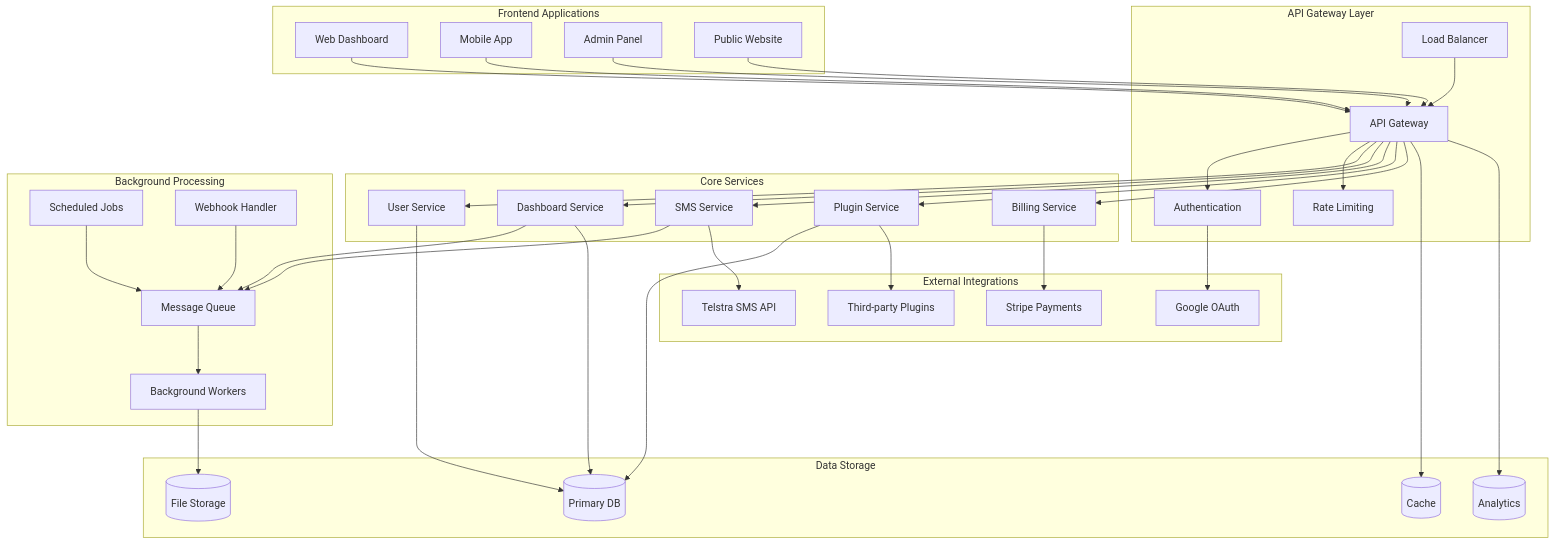
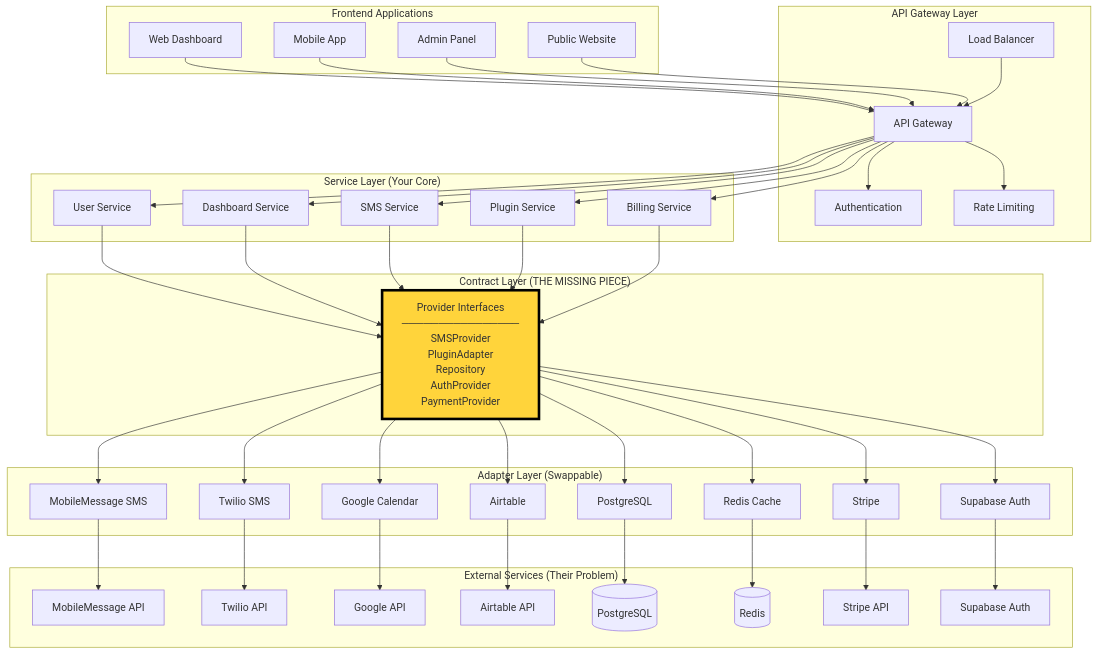
One commit to SlySlayer32/dashboard-link-saas changed the first of 17 diagrams in ARCHITECTURE_BLUEPRINT.md. Above: the diagram before and after it, drawn with Mermaid. The commit also changed other lines of this file and 90 other files, not shown here.

````diff
--- a/ARCHITECTURE_BLUEPRINT.md
+++ b/ARCHITECTURE_BLUEPRINT.md
@@ -24,7 +24,7 @@
         LoadBalancer[Load Balancer]
     end
 
-    subgraph "Core Services"
+    subgraph "Service Layer (Your Core)"
         UserService[User Service]
         DashboardService[Dashboard Service]
         SMSService[SMS Service]
@@ -32,25 +32,31 @@
         BillingService[Billing Service]
     end
 
-    subgraph "Background Processing"
-        Queue[Message Queue]
-        Workers[Background Workers]
-        CronJobs[Scheduled Jobs]
-        Webhooks[Webhook Handler]
+    subgraph "Contract Layer (THE MISSING PIECE)"
+        style Contract fill:#ffd43b,stroke:#000,stroke-width:4px
+        Contract[Provider Interfaces<br/>────────────────<br/>SMSProvider<br/>PluginAdapter<br/>Repository<br/>AuthProvider<br/>PaymentProvider]
     end
 
-    subgraph "Data Storage"
-        PostgreSQL[(Primary DB)]
-        Redis[(Cache)]
-        S3[(File Storage)]
-        Analytics[(Analytics)]
+    subgraph "Adapter Layer (Swappable)"
+        MobileMessageAdapter[MobileMessage SMS]
+        TwilioAdapter[Twilio SMS]
+        GoogleAdapter[Google Calendar]
+        AirtableAdapter[Airtable]
+        PostgresAdapter[PostgreSQL]
+        CacheAdapter[Redis Cache]
+        StripeAdapter[Stripe]
+        SupabaseAdapter[Supabase Auth]
     end
 
-    subgraph "External Integrations"
-        Telstra[Telstra SMS API]
-        Stripe[Stripe Payments]
-        GoogleAuth[Google OAuth]
-        Plugins[Third-party Plugins]
+    subgraph "External Services (Their Problem)"
+        MobileMessage[MobileMessage API]
+        Twilio[Twilio API]
+        Google[Google API]
+        Airtable[Airtable API]
+        Postgres[(PostgreSQL)]
+        Redis[(Redis)]
+        Stripe[Stripe API]
+        Supabase[Supabase Auth]
     end
 
     %% User Flow
@@ -71,24 +77,30 @@
     API --> PluginService
     API --> BillingService
 
-    %% Background Processing
-    SMSService --> Queue
-    DashboardService --> Queue
-    Queue --> Workers
-    CronJobs --> Queue
-    Webhooks --> Queue
+    %% Contract Layer (The Critical Missing Piece)
+    UserService --> Contract
+    DashboardService --> Contract
+    SMSService --> Contract
+    PluginService --> Contract
+    BillingService --> Contract
 
-    %% Data Storage
-    UserService --> PostgreSQL
-    DashboardService --> PostgreSQL
-    PluginService --> PostgreSQL
-    API --> Redis
-    Workers --> S3
-    API --> Analytics
+    %% Adapter Layer
+    Contract --> MobileMessageAdapter
+    Contract --> TwilioAdapter
+    Contract --> GoogleAdapter
+    Contract --> AirtableAdapter
+    Contract --> PostgresAdapter
+    Contract --> CacheAdapter
+    Contract --> StripeAdapter
+    Contract --> SupabaseAdapter
 
-    %% External Integrations
-    SMSService --> Telstra
-    BillingService --> Stripe
-    Auth --> GoogleAuth
-    PluginService --> Plugins
+    %% External Services
+    MobileMessageAdapter --> MobileMessage
+    TwilioAdapter --> Twilio
+    GoogleAdapter --> Google
+    AirtableAdapter --> Airtable
+    PostgresAdapter --> Postgres
+    CacheAdapter --> Redis
+    StripeAdapter --> Stripe
+    SupabaseAdapter --> Supabase
 ```
````
